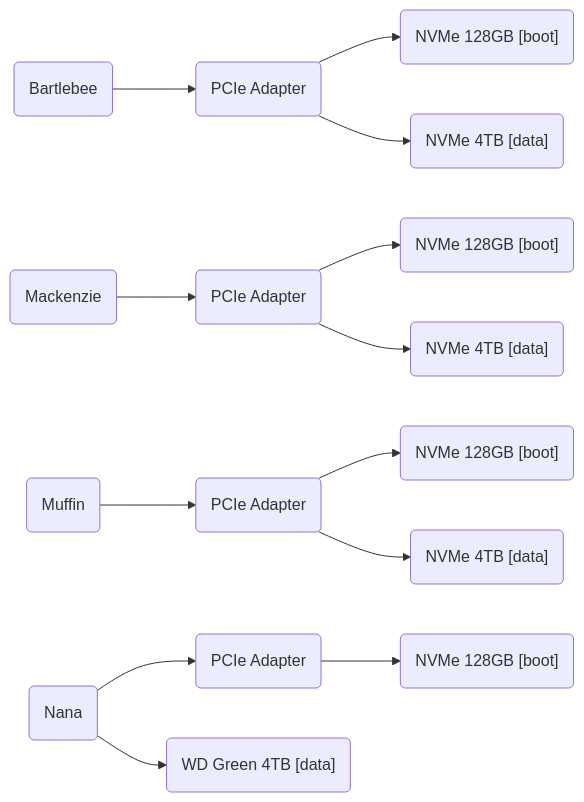
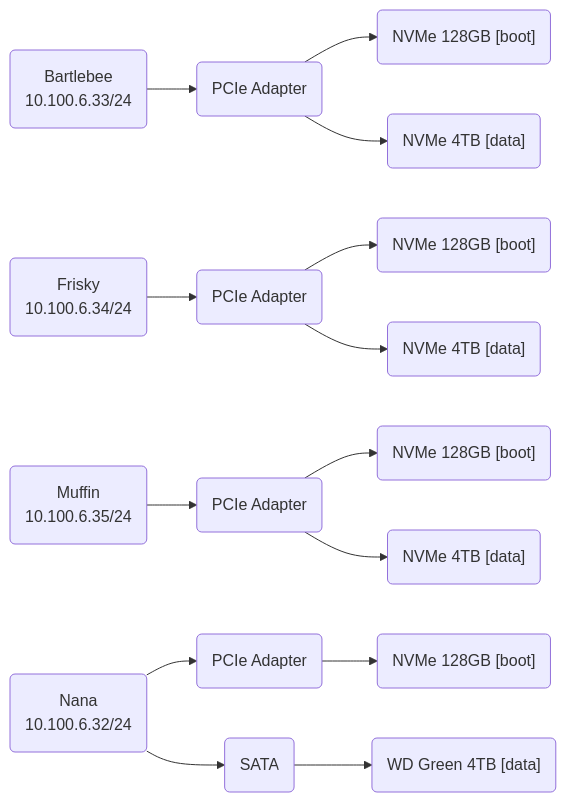
One commit to jbaikge/talos-cluster changed the diagram in network-diagram.mermaid. Above: the diagram before and after it, drawn with Mermaid.

Commit message:
docs: IP addresses for nodes

```diff
--- a/network-diagram.mermaid
+++ b/network-diagram.mermaid
@@ -1,6 +1,19 @@
 flowchart LR
-  Node0("Bartlebee") --> Node0Adapter("PCIe Adapter") --> Node0Drive0("NVMe 128GB [boot]") & Node0Drive1("NVMe 4TB [data]")
-  Node1("Mackenzie") --> Node1Adapter("PCIe Adapter") --> Node1Drive0("NVMe 128GB [boot]") & Node1Drive1("NVMe 4TB [data]")
-  Node2("Muffin") --> Node2Adapter("PCIe Adapter") --> Node2Drive0("NVMe 128GB [boot]") & Node2Drive1("NVMe 4TB [data]")
-  Node3("Nana") --> Node3Adapter("PCIe Adapter") --> Node3Drive0("NVMe 128GB [boot]")
-  Node3 --> Node3Drive1("WD Green 4TB [data]")
+  Node0("Bartlebee<br>10.100.6.33/24")
+    --> Node0Adapter("PCIe Adapter")
+    --> Node0Drive0("NVMe 128GB [boot]") & Node0Drive1("NVMe 4TB [data]")
+
+  Node1("Frisky<br>10.100.6.34/24")
+    --> Node1Adapter("PCIe Adapter")
+    --> Node1Drive0("NVMe 128GB [boot]") & Node1Drive1("NVMe 4TB [data]")
+
+  Node2("Muffin<br>10.100.6.35/24")
+    --> Node2Adapter("PCIe Adapter")
+    --> Node2Drive0("NVMe 128GB [boot]") & Node2Drive1("NVMe 4TB [data]")
+
+  Node3("Nana<br>10.100.6.32/24")
+    --> Node3Adapter("PCIe Adapter")
+    --> Node3Drive0("NVMe 128GB [boot]")
+  Node3
+    --> Node3SATA("SATA")
+    --> Node3Drive1("WD Green 4TB [data]")
```
